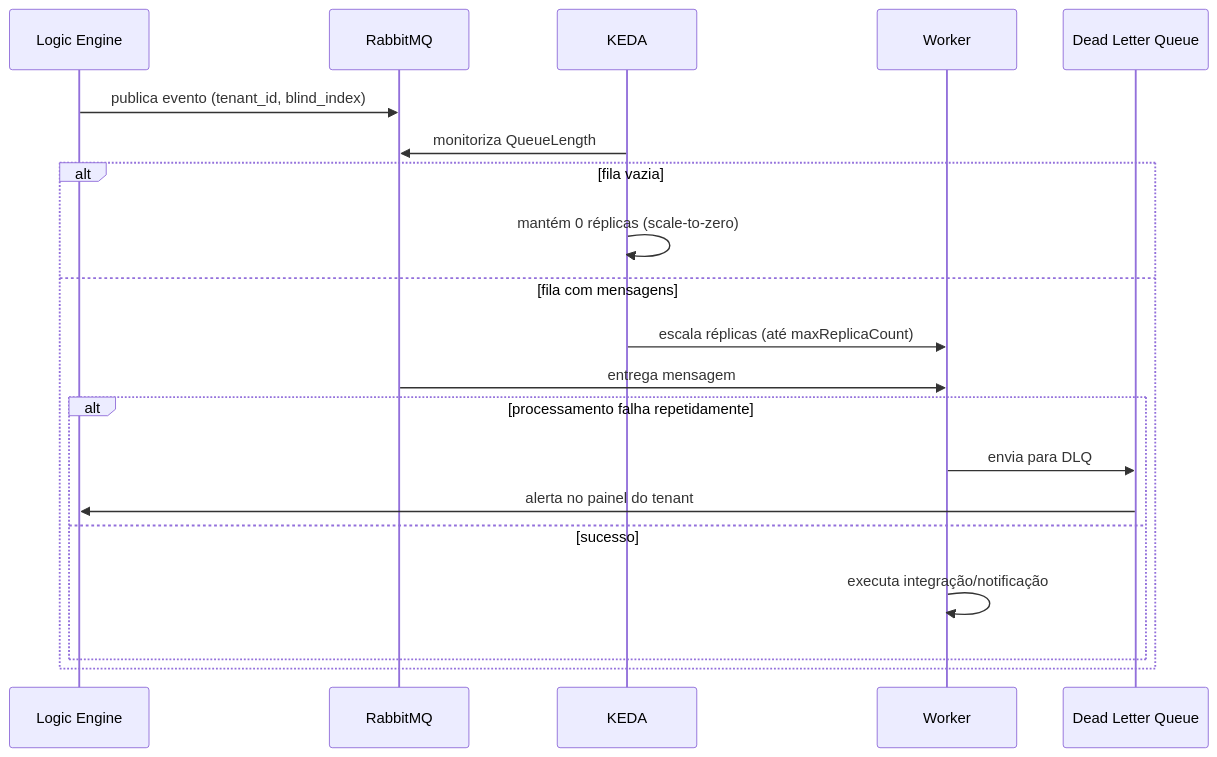
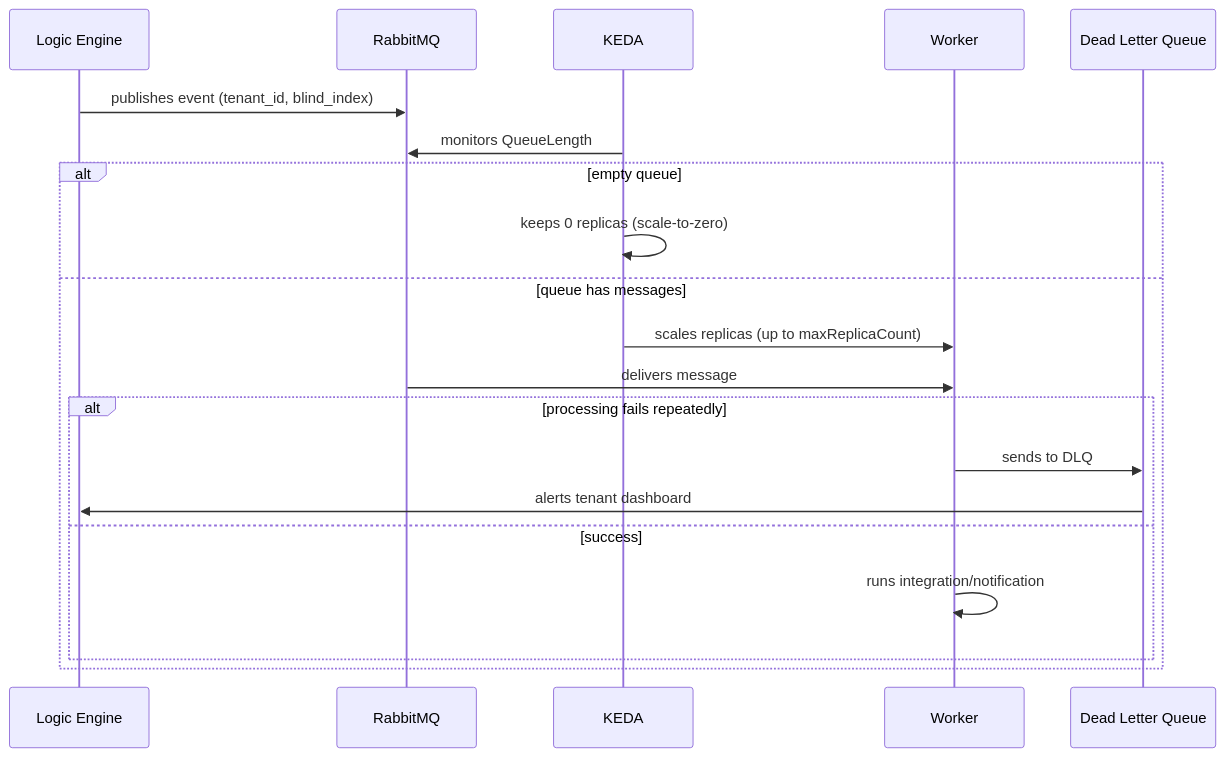
One commit to GiovaniRodrigo/arquitetura-mach-saas-nocode changed the fifth of 6 diagrams in doc/ANALISE_REQUISITOS.md. Above: the diagram before and after it, drawn with Mermaid. The commit also changed other lines of this file and 86 other files, not shown here.

````diff
--- a/doc/ANALISE_REQUISITOS.md
+++ b/doc/ANALISE_REQUISITOS.md
@@ -159,23 +159,23 @@
 ```mermaid
 sequenceDiagram
     participant logic as Logic Engine
     participant mq as RabbitMQ
     participant keda as KEDA
     participant worker as Worker
     participant dlq as Dead Letter Queue
 
-    logic->>mq: publica evento (tenant_id, blind_index)
-    keda->>mq: monitoriza QueueLength
-    alt fila vazia
-        keda->>keda: mantém 0 réplicas (scale-to-zero)
-    else fila com mensagens
-        keda->>worker: escala réplicas (até maxReplicaCount)
-        mq->>worker: entrega mensagem
-        alt processamento falha repetidamente
-            worker->>dlq: envia para DLQ
-            dlq->>logic: alerta no painel do tenant
-        else sucesso
-            worker->>worker: executa integração/notificação
+    logic->>mq: publishes event (tenant_id, blind_index)
+    keda->>mq: monitors QueueLength
+    alt empty queue
+        keda->>keda: keeps 0 replicas (scale-to-zero)
+    else queue has messages
+        keda->>worker: scales replicas (up to maxReplicaCount)
+        mq->>worker: delivers message
+        alt processing fails repeatedly
+            worker->>dlq: sends to DLQ
+            dlq->>logic: alerts tenant dashboard
+        else success
+            worker->>worker: runs integration/notification
         end
     end
 ```
````
